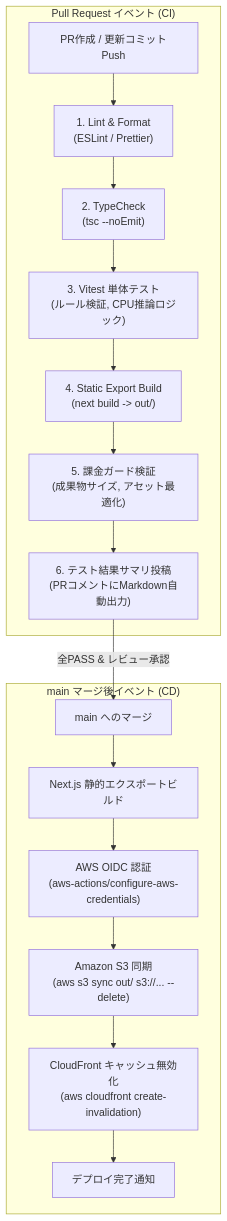
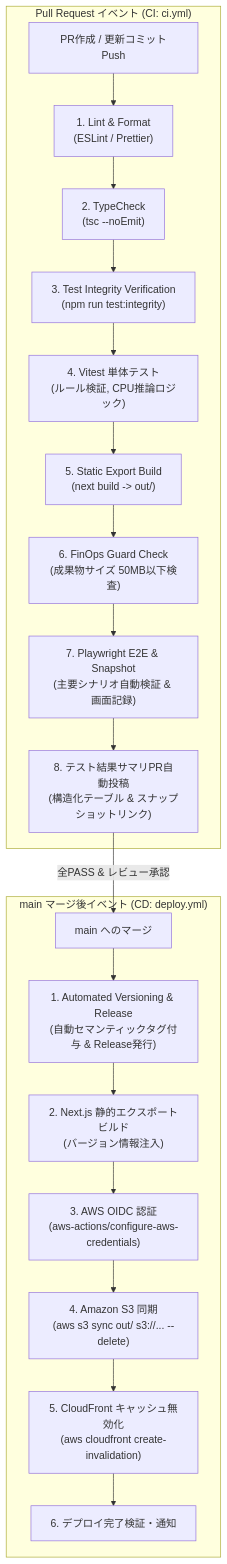
Before and after one commit to dandelion0016/algo: the diagram in docs/design/sre/cicd-pipeline.md, drawn with Mermaid. The commit also changed other lines of this file and 9 other files, not shown here.

````diff
--- a/docs/design/sre/cicd-pipeline.md
+++ b/docs/design/sre/cicd-pipeline.md
@@ -26,21 +32,24 @@
 ```mermaid
 flowchart TD
-    subgraph PullRequest["Pull Request イベント (CI)"]
+    subgraph PullRequest["Pull Request イベント (CI: ci.yml)"]
         PR["PR作成 / 更新コミットPush"] --> Step1["1. Lint & Format<br>(ESLint / Prettier)"]
         Step1 --> Step2["2. TypeCheck<br>(tsc --noEmit)"]
-        Step2 --> Step3["3. Vitest 単体テスト<br>(ルール検証, CPU推論ロジック)"]
-        Step3 --> Step4["4. Static Export Build<br>(next build -> out/)"]
-        Step4 --> Step5["5. 課金ガード検証<br>(成果物サイズ, アセット最適化)"]
-        Step5 --> Step6["6. テスト結果サマリ投稿<br>(PRコメントにMarkdown自動出力)"]
+        Step2 --> Step3["3. Test Integrity Verification<br>(npm run test:integrity)"]
+        Step3 --> Step4["4. Vitest 単体テスト<br>(ルール検証, CPU推論ロジック)"]
+        Step4 --> Step5["5. Static Export Build<br>(next build -> out/)"]
+        Step5 --> Step6["6. FinOps Guard Check<br>(成果物サイズ 50MB以下検査)"]
+        Step6 --> Step7["7. Playwright E2E & Snapshot<br>(主要シナリオ自動検証 & 画面記録)"]
+        Step7 --> Step8["8. テスト結果サマリPR自動投稿<br>(構造化テーブル & スナップショットリンク)"]
     end
 
-    subgraph MergeMain["main マージ後イベント (CD)"]
-        Merge["main へのマージ"] --> CD_Build["Next.js 静的エクスポートビルド"]
-        CD_Build --> CD_OIDC["AWS OIDC 認証<br>(aws-actions/configure-aws-credentials)"]
-        CD_OIDC --> CD_S3Sync["Amazon S3 同期<br>(aws s3 sync out/ s3://... --delete)"]
-        CD_S3Sync --> CD_CFInvalidate["CloudFront キャッシュ無効化<br>(aws cloudfront create-invalidation)"]
-        CD_CFInvalidate --> CD_Notify["デプロイ完了通知"]
+    subgraph MergeMain["main マージ後イベント (CD: deploy.yml)"]
+        Merge["main へのマージ"] --> CD_Tag["1. Automated Versioning & Release<br>(自動セマンティックタグ付与 & Release発行)"]
+        CD_Tag --> CD_Build["2. Next.js 静的エクスポートビルド<br>(バージョン情報注入)"]
+        CD_Build --> CD_OIDC["3. AWS OIDC 認証<br>(aws-actions/configure-aws-credentials)"]
+        CD_OIDC --> CD_S3Sync["4. Amazon S3 同期<br>(aws s3 sync out/ s3://... --delete)"]
+        CD_S3Sync --> CD_CFInvalidate["5. CloudFront キャッシュ無効化<br>(aws cloudfront create-invalidation)"]
+        CD_CFInvalidate --> CD_Notify["6. デプロイ完了検証・通知"]
     end
 
-    Step6 -->|全PASS & レビュー承認| Merge
+    Step8 -->|全PASS & レビュー承認| Merge
 ```
````
